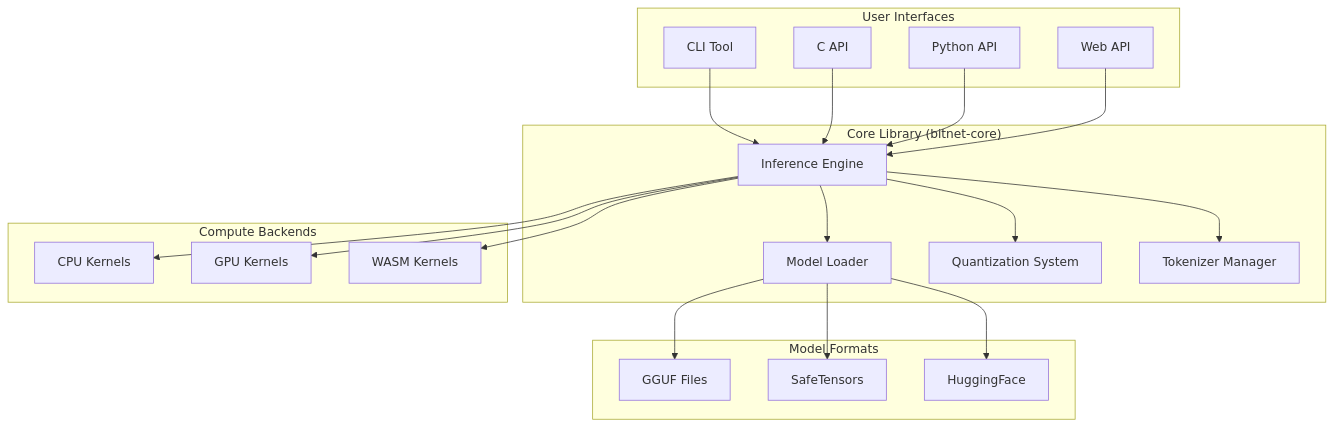
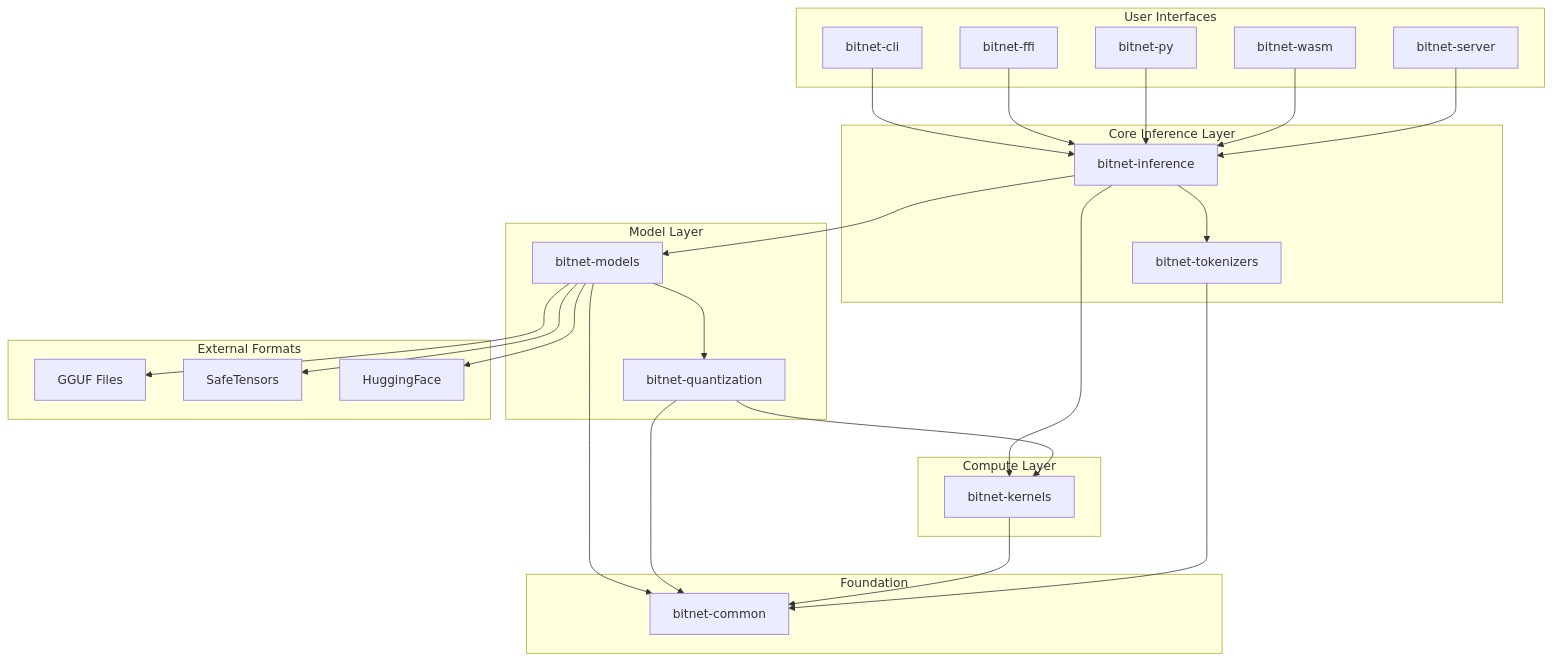
The diagram in .kiro/specs/bitnet-rust-migration/design.md (EffortlessMetrics/BitNet-rs), drawn with Mermaid before and after one commit. The commit also changed other lines of this file, not shown here.

````diff
--- a/.kiro/specs/bitnet-rust-migration/design.md
+++ b/.kiro/specs/bitnet-rust-migration/design.md
@@ -13,45 +13,58 @@
 ```mermaid
 graph TB
     subgraph "User Interfaces"
-        CLI[CLI Tool]
-        CAPI[C API]
-        PyAPI[Python API]
-        WebAPI[Web API]
+        CLI[bitnet-cli]
+        CAPI[bitnet-ffi]
+        PyAPI[bitnet-py]
+        WASM[bitnet-wasm]
+        Server[bitnet-server]
     end
     
-    subgraph "Core Library (bitnet-core)"
-        IE[Inference Engine]
-        ML[Model Loader]
-        QS[Quantization System]
-        TM[Tokenizer Manager]
+    subgraph "Core Inference Layer"
+        IE[bitnet-inference]
+        TOK[bitnet-tokenizers]
     end
     
-    subgraph "Compute Backends"
-        CK[CPU Kernels]
-        GK[GPU Kernels]
-        WK[WASM Kernels]
+    subgraph "Model Layer"
+        MOD[bitnet-models]
+        QUANT[bitnet-quantization]
     end
     
-    subgraph "Model Formats"
+    subgraph "Compute Layer"
+        KERN[bitnet-kernels]
+    end
+    
+    subgraph "Foundation"
+        COMMON[bitnet-common]
+    end
+    
+    subgraph "External Formats"
         GGUF[GGUF Files]
         ST[SafeTensors]
         HF[HuggingFace]
     end
     
     CLI --> IE
     CAPI --> IE
     PyAPI --> IE
-    WebAPI --> IE
+    WASM --> IE
+    Server --> IE
     
-    IE --> ML
-    IE --> QS
-    IE --> TM
+    IE --> MOD
+    IE --> TOK
+    IE --> KERN
     
-    IE --> CK
-    IE --> GK
-    IE --> WK
+    MOD --> QUANT
+    MOD --> COMMON
     
-    ML --> GGUF
-    ML --> ST
-    ML --> HF
+    QUANT --> KERN
+    QUANT --> COMMON
+    
+    KERN --> COMMON
+    
+    TOK --> COMMON
+    
+    MOD --> GGUF
+    MOD --> ST
+    MOD --> HF
 ```
````
